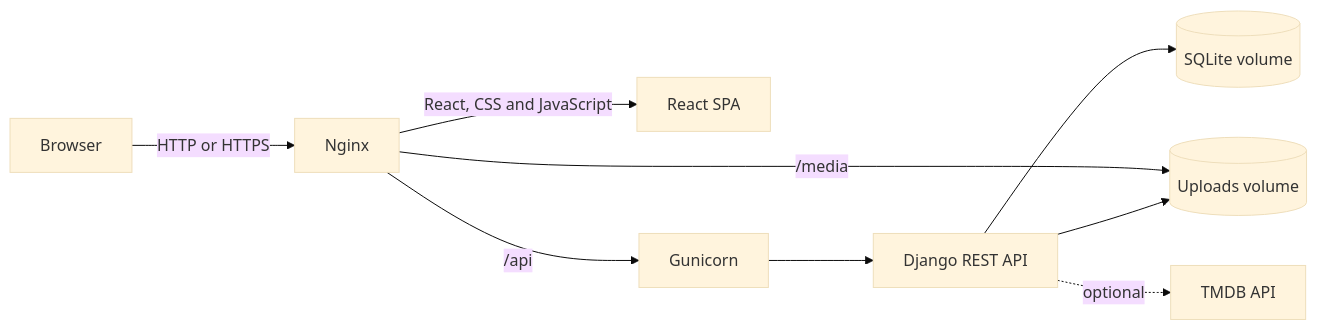
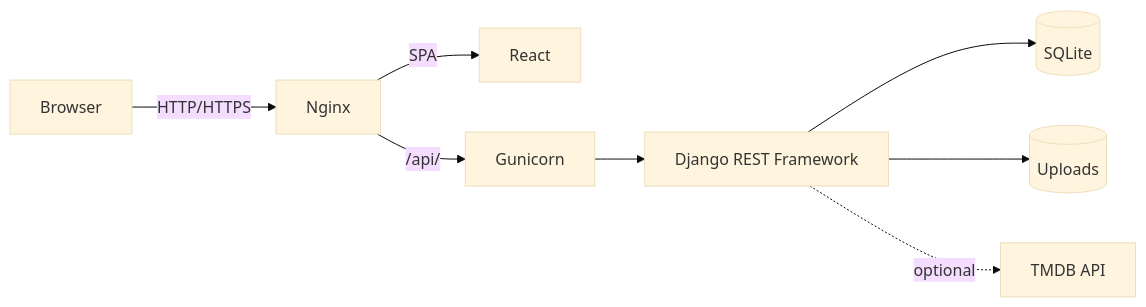
Before and after one commit to wh0islu/cyberia: the diagram in README.md, drawn with Mermaid (base theme). The commit also changed other lines of this file, not shown here.

````diff
--- a/README.md
+++ b/README.md
@@ -9,11 +26,9 @@
 ```mermaid
 flowchart LR
-    Browser[Browser] -->|HTTP or HTTPS| Nginx[Nginx]
-    Nginx -->|React, CSS and JavaScript| SPA[React SPA]
-    Nginx -->|/api| Gunicorn[Gunicorn]
-    Nginx -->|/media| Uploads[(Uploads volume)]
-    Gunicorn --> Django[Django REST API]
-    Django --> Database[(SQLite volume)]
-    Django --> Uploads
-    Django -. optional .-> TMDB[TMDB API]
+    Browser -->|HTTP/HTTPS| Nginx
+    Nginx -->|SPA| React
+    Nginx -->|/api/| Gunicorn --> Django[Django REST Framework]
+    Django --> SQLite[(SQLite)]
+    Django --> Uploads[(Uploads)]
+    Django -.->|optional| TMDB[TMDB API]
 ```
````
